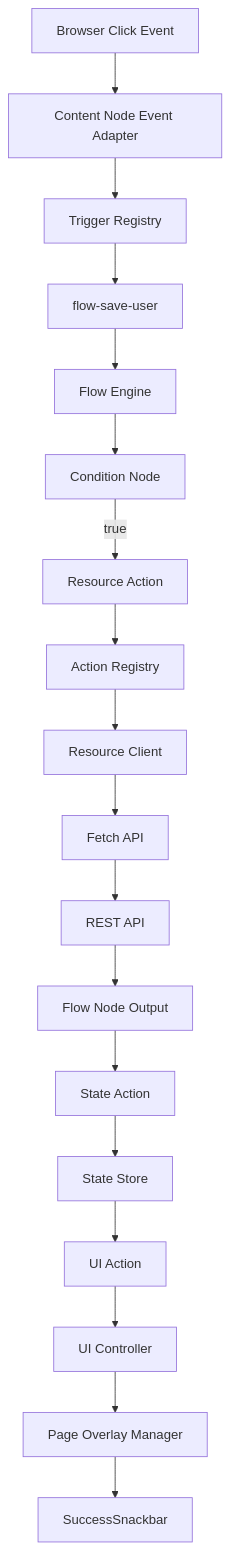
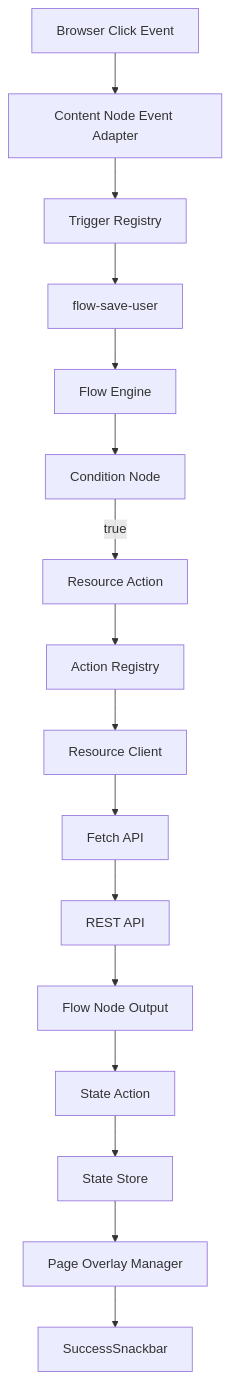
The fifth of 7 diagrams in docs/architecture/06-flow-and-execution-model.md (northwest-hcu/FlagShip), drawn with Mermaid before and after one commit. The commit also changed other lines of this file and 24 other files, not shown here.

````diff
--- a/docs/architecture/06-flow-and-execution-model.md
+++ b/docs/architecture/06-flow-and-execution-model.md
@@ -1729,20 +1735,18 @@
 ```mermaid
 flowchart TD
     Click["Browser Click Event"] --> Event["Content Node Event Adapter"]
     Event --> Trigger["Trigger Registry"]
     Trigger --> Flow["flow-save-user"]
     Flow --> Engine["Flow Engine"]
     Engine --> Condition["Condition Node"]
     Condition -->|"true"| ResourceAction["Resource Action"]
     ResourceAction --> Registry["Action Registry"]
     Registry --> Client["Resource Client"]
     Client --> Fetch["Fetch API"]
     Fetch --> API["REST API"]
     API --> Output["Flow Node Output"]
     Output --> StateAction["State Action"]
     StateAction --> Store["State Store"]
-    Store --> UIAction["UI Action"]
-    UIAction --> Controller["UI Controller"]
-    Controller --> Overlay["Page Overlay Manager"]
+    Store --> Overlay["Page Overlay Manager"]
     Overlay --> Snackbar["SuccessSnackbar"]
 ```
````
